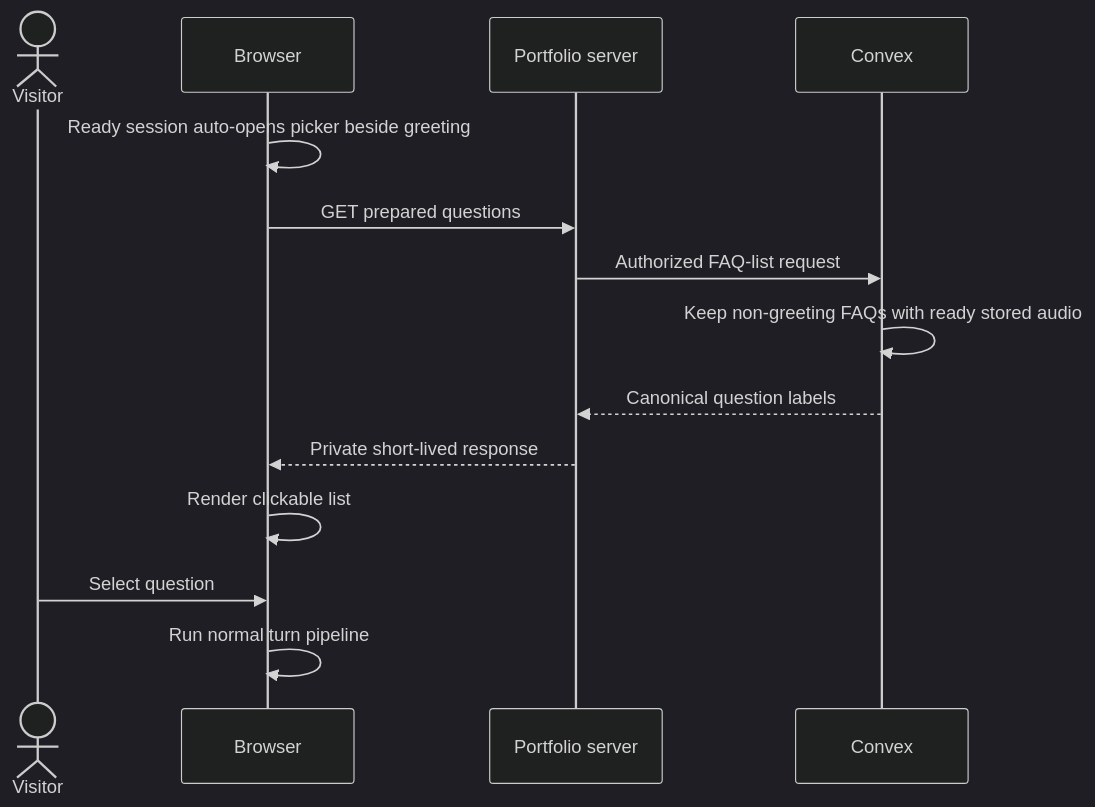
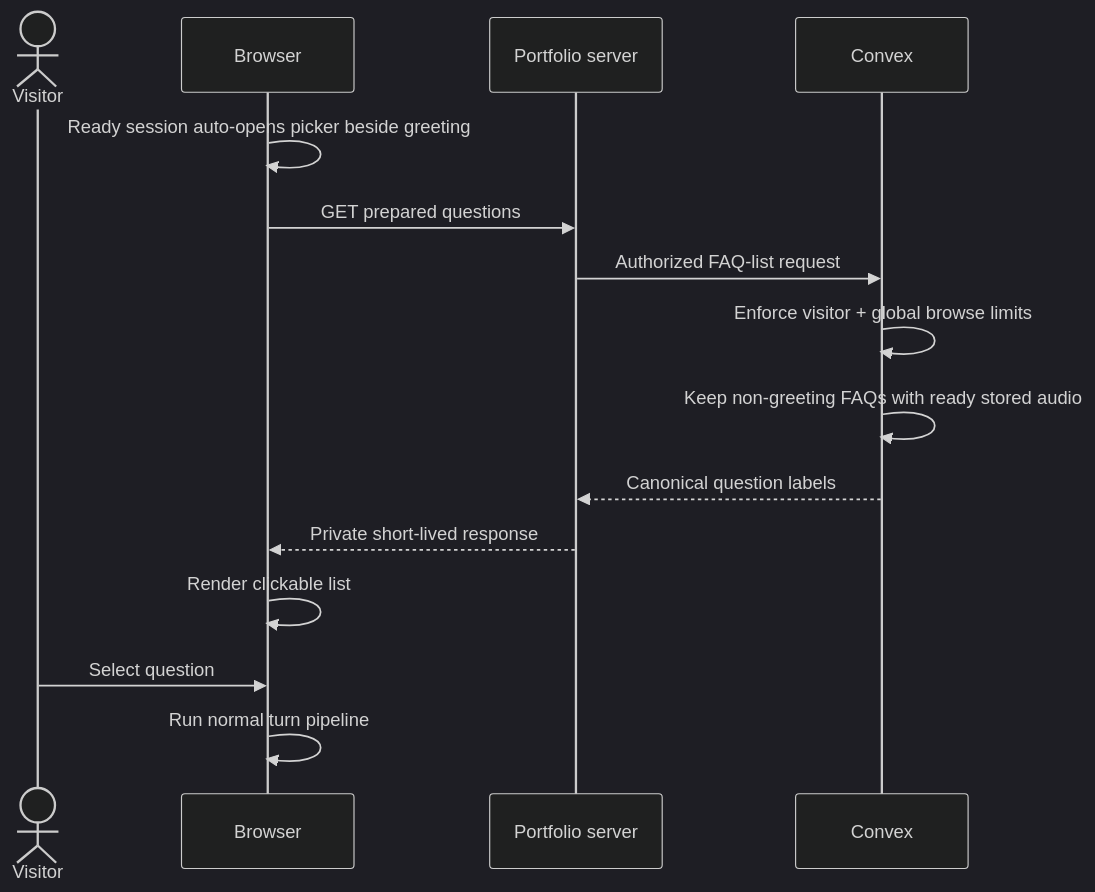
Before and after one commit to kyc-software/portfolio: the fourth of 4 diagrams in docs/voice-cache-architecture.md, drawn with Mermaid (dark theme). The commit also changed other lines of this file and 18 other files, not shown here.

````diff
--- a/docs/voice-cache-architecture.md
+++ b/docs/voice-cache-architecture.md
@@ -111,17 +121,18 @@
 ```mermaid
 sequenceDiagram
   actor Visitor
   participant Browser
   participant Portfolio as Portfolio server
   participant Convex
 
   Browser->>Browser: Ready session auto-opens picker beside greeting
   Browser->>Portfolio: GET prepared questions
   Portfolio->>Convex: Authorized FAQ-list request
+  Convex->>Convex: Enforce visitor + global browse limits
   Convex->>Convex: Keep non-greeting FAQs with ready stored audio
   Convex-->>Portfolio: Canonical question labels
   Portfolio-->>Browser: Private short-lived response
   Browser->>Browser: Render clickable list
   Visitor->>Browser: Select question
   Browser->>Browser: Run normal turn pipeline
 ```
````
